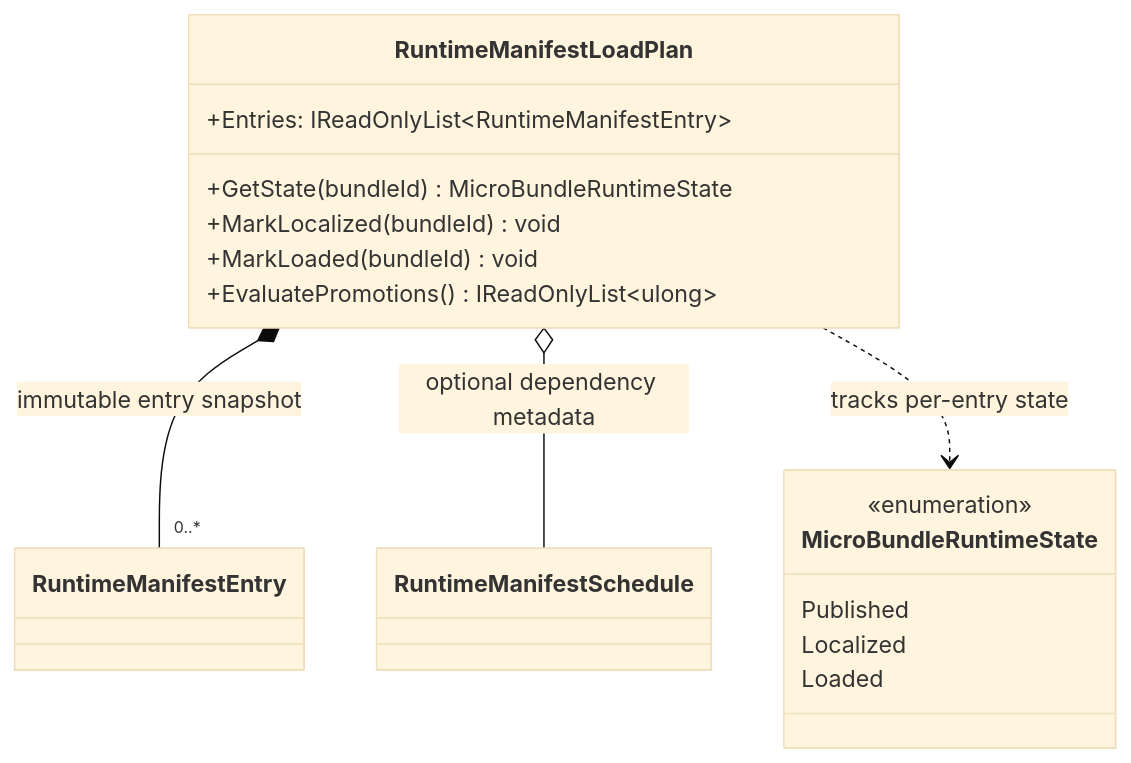
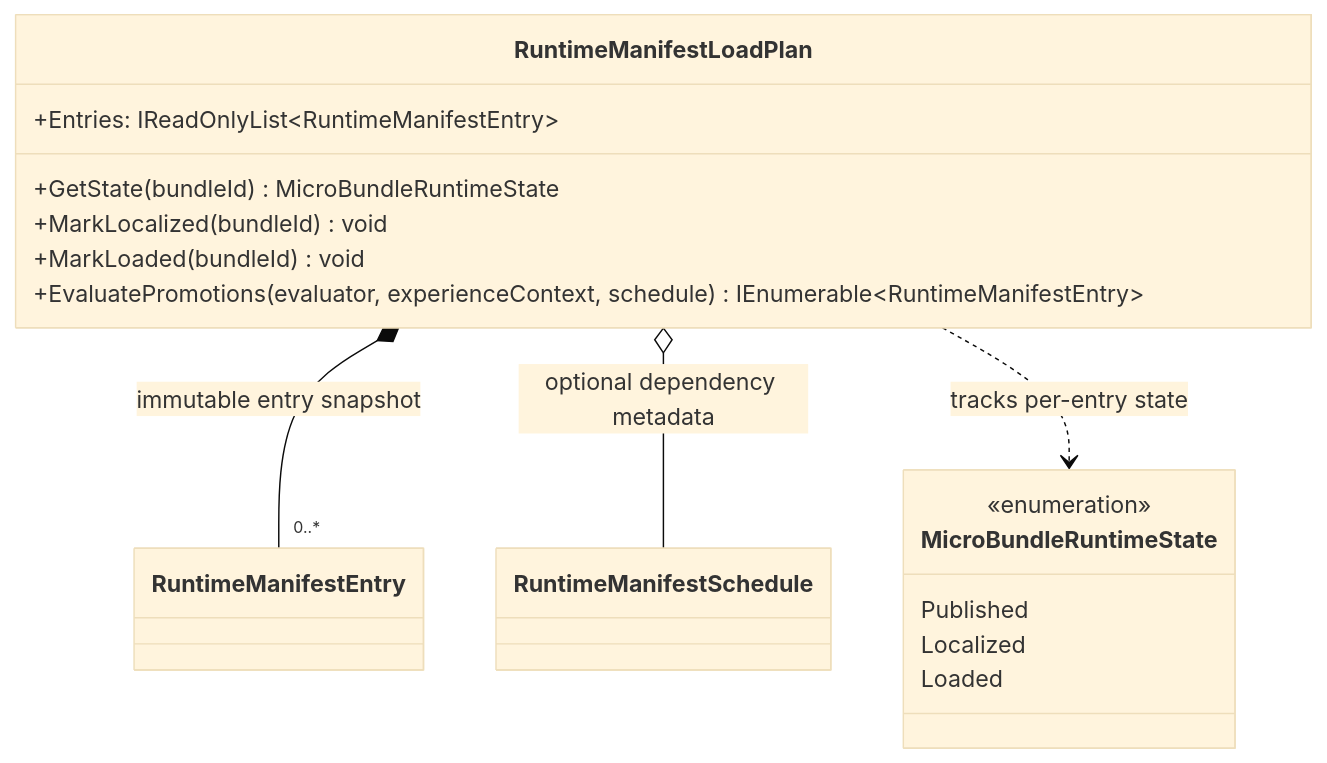
Before and after one commit to TrentBest/TheSingularityWorkshop.FSM_COS: the diagram in docs/UML/src/FSM_COS/RuntimeManifestLoadPlan.md, drawn with Mermaid (base theme). The commit also changed other lines of this file, not shown here.

Commit message:
docs: align load-plan UML with current API

```diff
--- a/docs/UML/src/FSM_COS/RuntimeManifestLoadPlan.md
+++ b/docs/UML/src/FSM_COS/RuntimeManifestLoadPlan.md
@@ -16,21 +16,21 @@
 ~~~mermaid
 classDiagram
     class RuntimeManifestLoadPlan {
         +Entries: IReadOnlyList~RuntimeManifestEntry~
         +GetState(bundleId) MicroBundleRuntimeState
         +MarkLocalized(bundleId) void
         +MarkLoaded(bundleId) void
-        +EvaluatePromotions() IReadOnlyList~ulong~
+        +EvaluatePromotions(evaluator, experienceContext, schedule) IEnumerable~RuntimeManifestEntry~
     }
     class RuntimeManifestSchedule
     class RuntimeManifestEntry
     class MicroBundleRuntimeState {
         <<enumeration>>
         Published
         Localized
         Loaded
     }
     RuntimeManifestLoadPlan *-- "0..*" RuntimeManifestEntry : immutable entry snapshot
     RuntimeManifestLoadPlan o-- RuntimeManifestSchedule : optional dependency metadata
     RuntimeManifestLoadPlan ..> MicroBundleRuntimeState : tracks per-entry state
 ~~~
```
